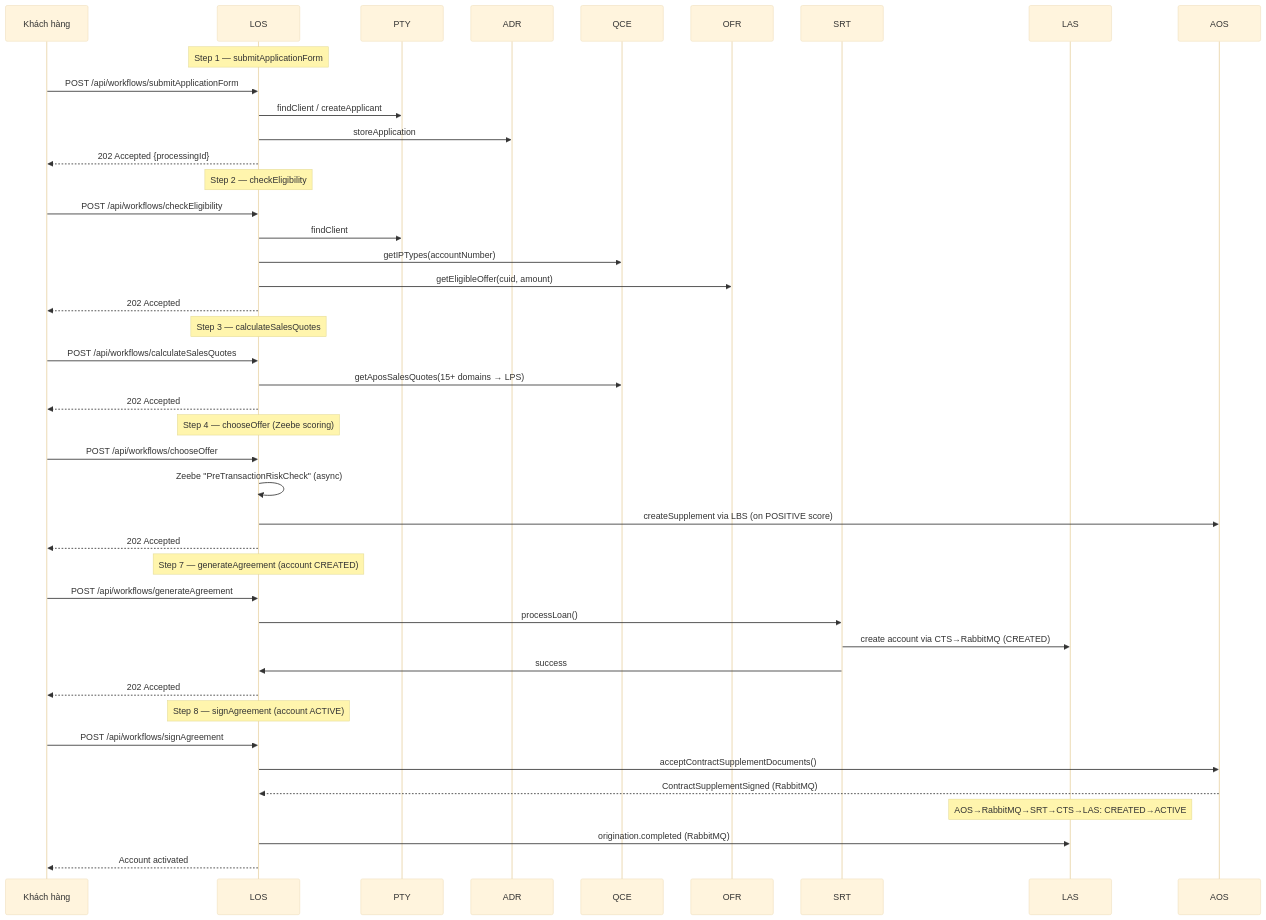
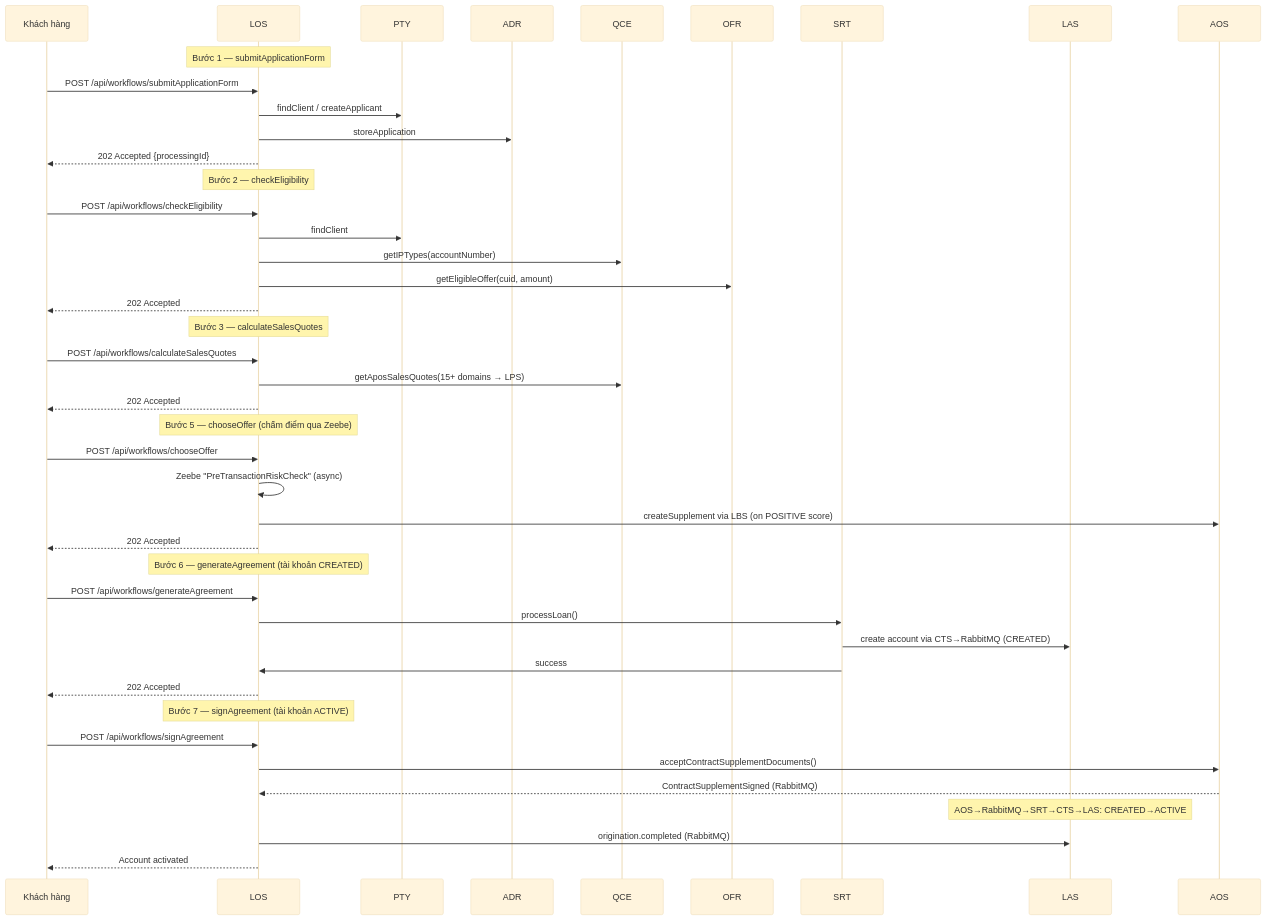
One commit to quocdinhit97/finance-and-software-engineering changed the diagram in docs/system/ch07-origination.md. Above: the diagram before and after it, drawn with Mermaid (base theme). The commit also changed other lines of this file and 11 other files, not shown here.

````diff
--- a/docs/system/ch07-origination.md
+++ b/docs/system/ch07-origination.md
@@ -32,51 +33,51 @@
 ```mermaid
 sequenceDiagram
     participant User as Khách hàng
     participant LOS
     participant PTY
     participant ADR
     participant QCE
     participant OFR
     participant SRT
     participant LAS
     participant AOS
 
-    Note over LOS: Step 1 — submitApplicationForm
+    Note over LOS: Bước 1 — submitApplicationForm
     User->>LOS: POST /api/workflows/submitApplicationForm
     LOS->>PTY: findClient / createApplicant
     LOS->>ADR: storeApplication
     LOS-->>User: 202 Accepted {processingId}
 
-    Note over LOS: Step 2 — checkEligibility
+    Note over LOS: Bước 2 — checkEligibility
     User->>LOS: POST /api/workflows/checkEligibility
     LOS->>PTY: findClient
     LOS->>QCE: getIPTypes(accountNumber)
     LOS->>OFR: getEligibleOffer(cuid, amount)
     LOS-->>User: 202 Accepted
 
-    Note over LOS: Step 3 — calculateSalesQuotes
+    Note over LOS: Bước 3 — calculateSalesQuotes
     User->>LOS: POST /api/workflows/calculateSalesQuotes
     LOS->>QCE: getAposSalesQuotes(15+ domains → LPS)
     LOS-->>User: 202 Accepted
 
-    Note over LOS: Step 4 — chooseOffer (Zeebe scoring)
+    Note over LOS: Bước 5 — chooseOffer (chấm điểm qua Zeebe)
     User->>LOS: POST /api/workflows/chooseOffer
     LOS->>LOS: Zeebe "PreTransactionRiskCheck" (async)
     LOS->>AOS: createSupplement via LBS (on POSITIVE score)
     LOS-->>User: 202 Accepted
 
-    Note over LOS: Step 7 — generateAgreement (account CREATED)
+    Note over LOS: Bước 6 — generateAgreement (tài khoản CREATED)
     User->>LOS: POST /api/workflows/generateAgreement
     LOS->>SRT: processLoan()
     SRT->>LAS: create account via CTS→RabbitMQ (CREATED)
     SRT->>LOS: success
     LOS-->>User: 202 Accepted
 
-    Note over LOS: Step 8 — signAgreement (account ACTIVE)
+    Note over LOS: Bước 7 — signAgreement (tài khoản ACTIVE)
     User->>LOS: POST /api/workflows/signAgreement
     LOS->>AOS: acceptContractSupplementDocuments()
     AOS-->>LOS: ContractSupplementSigned (RabbitMQ)
     Note over LAS: AOS→RabbitMQ→SRT→CTS→LAS: CREATED→ACTIVE
     LOS->>LAS: origination.completed (RabbitMQ)
     LOS-->>User: Account activated
 ```
````
